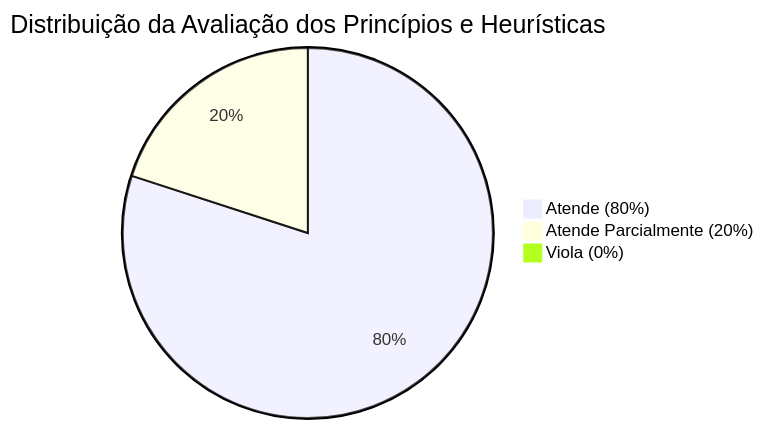
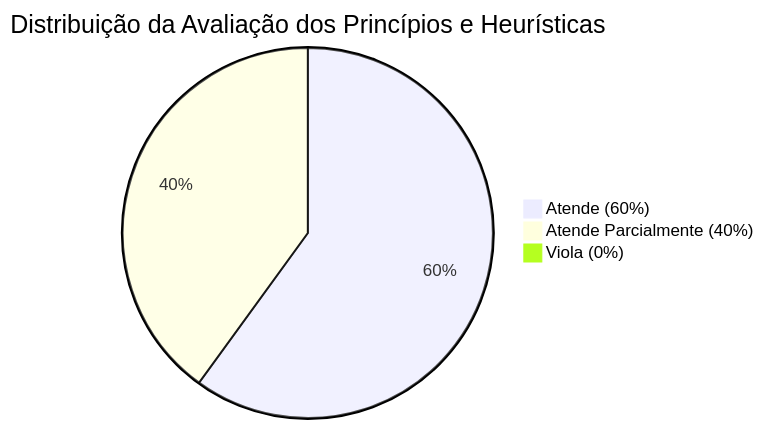
Before and after one commit to Interacao-Humano-Computador/2026.2-Grupo08: the diagram in docs/analise-requisitos/principios-gerais-de-projeto.md, drawn with Mermaid. The commit also changed other lines of this file and 2 other files, not shown here.

````diff
--- a/docs/analise-requisitos/principios-gerais-de-projeto.md
+++ b/docs/analise-requisitos/principios-gerais-de-projeto.md
@@ -142,6 +145,6 @@
 ```mermaid
 pie title Distribuição da Avaliação dos Princípios e Heurísticas
-    "Atende (80%)" : 8
-    "Atende Parcialmente (20%)" : 2
+    "Atende (60%)" : 6
+    "Atende Parcialmente (40%)" : 4
     "Viola (0%)" : 0
 ```
````
